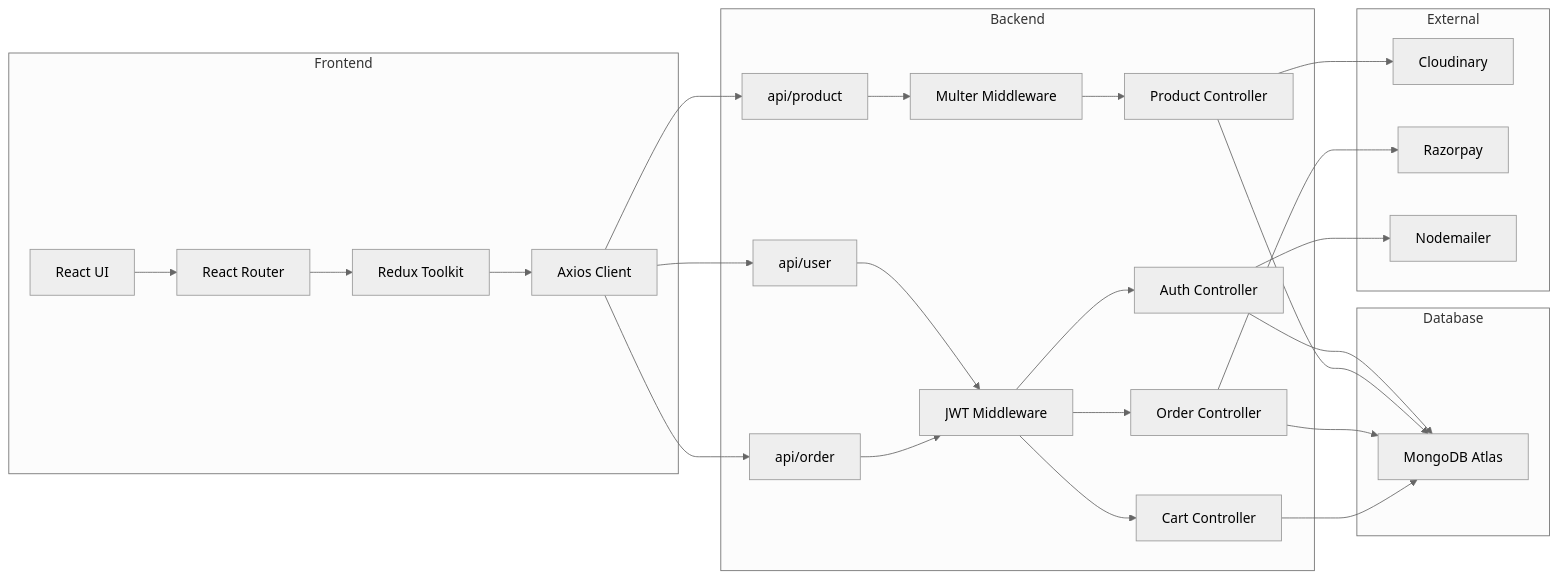
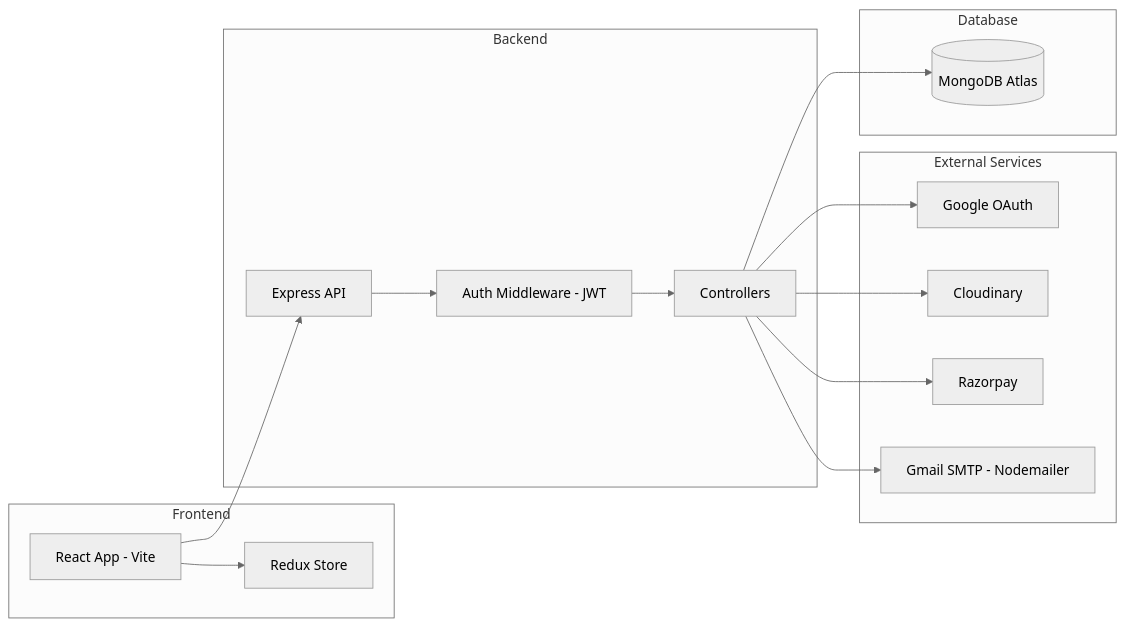
One commit to sandhya144/Zeptronics changed the first of 5 diagrams in README.md. Above: the diagram before and after it, drawn with Mermaid (neutral theme). The commit also changed other lines of this file, not shown here.

````diff
--- a/README.md
+++ b/README.md
@@ -85,47 +73,34 @@
 ```mermaid
 graph LR
+    subgraph frontend["Frontend"]
+        UI[React App - Vite]
+        Store[Redux Store]
+    end
 
-subgraph Frontend
-    UI[React UI]
-    Router[React Router]
-    Store[Redux Toolkit]
-    Client[Axios Client]
-    UI --> Router --> Store --> Client
-end
+    subgraph backend["Backend"]
+        API[Express API]
+        Auth[Auth Middleware - JWT]
+        Ctrl[Controllers]
+    end
 
-subgraph Backend
-    UserRoute[api/user]
-    ProductRoute[api/product]
-    OrderRoute[api/order]
-    Auth[JWT Middleware]
-    Upload[Multer Middleware]
-    AuthCtrl[Auth Controller]
-    ProductCtrl[Product Controller]
-    OrderCtrl[Order Controller]
-    CartCtrl[Cart Controller]
-end
+    subgraph external["External Services"]
+        Google[Google OAuth]
+        Cloud[Cloudinary]
+        Pay[Razorpay]
+        Mail[Gmail SMTP - Nodemailer]
+    end
 
-subgraph Database
-    Mongo[MongoDB Atlas]
-end
+    subgraph database["Database"]
+        Mongo[(MongoDB Atlas)]
+    end
 
-subgraph External
-    Cloudinary[Cloudinary]
-    Razorpay[Razorpay]
-    Mail[Nodemailer]
-end
-
-Client --> UserRoute --> Auth --> AuthCtrl
-Client --> ProductRoute --> Upload --> ProductCtrl
-Client --> OrderRoute --> Auth --> OrderCtrl
-Auth --> CartCtrl
-
-AuthCtrl --> Mongo
-ProductCtrl --> Mongo
-OrderCtrl --> Mongo
-CartCtrl --> Mongo
-
-ProductCtrl --> Cloudinary
-OrderCtrl --> Razorpay
-AuthCtrl --> Mail
+    UI --> Store
+    UI --> API
+    API --> Auth
+    Auth --> Ctrl
+    Ctrl --> Mongo
+    Ctrl --> Google
+    Ctrl --> Cloud
+    Ctrl --> Pay
+    Ctrl --> Mail
 ```
````
